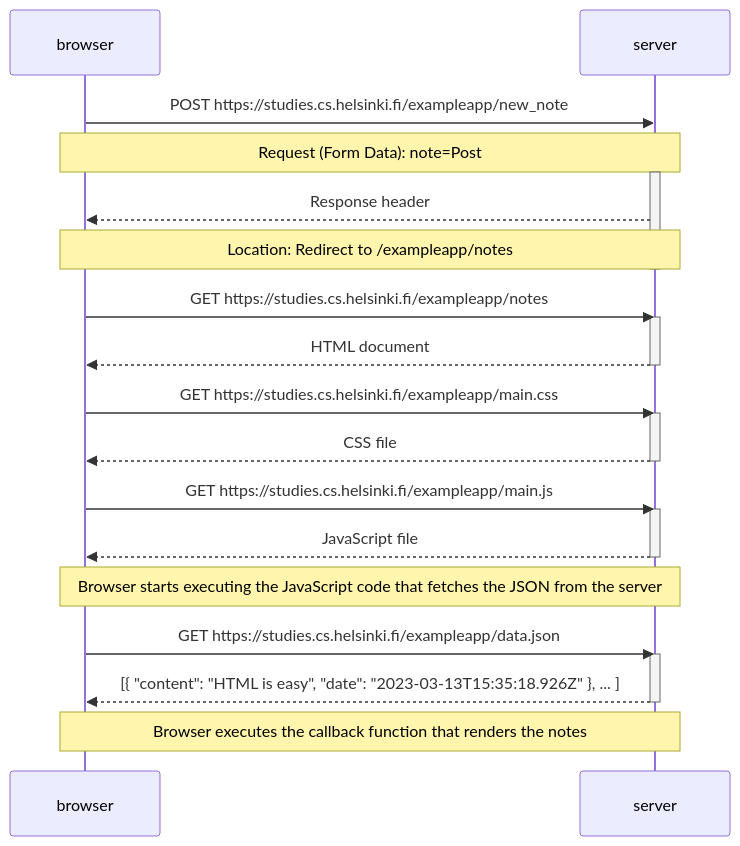
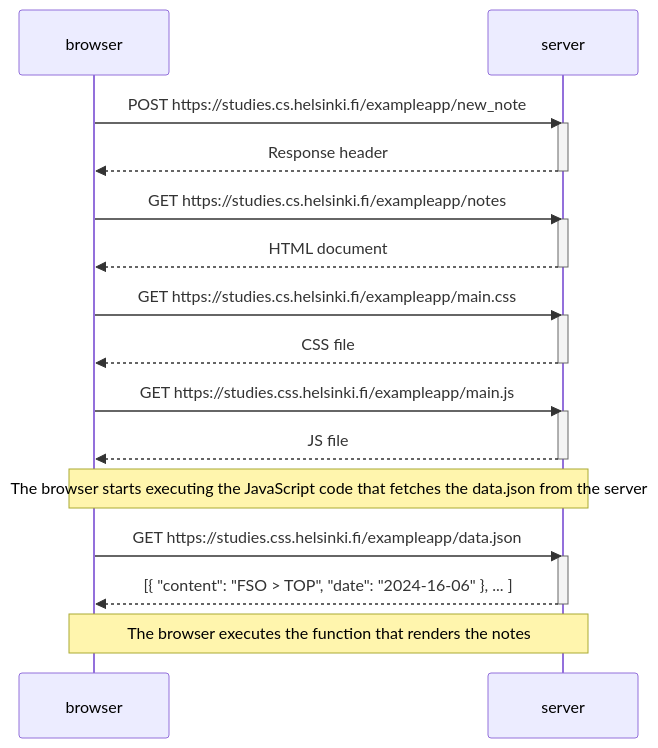
One commit to halileryildirim/fso-part0 changed the diagram in 0.4-new-note-diagram.md. Above: the diagram before and after it, drawn with Mermaid.

Commit message:
Refactor 0.4

````diff
--- a/0.4-new-note-diagram.md
+++ b/0.4-new-note-diagram.md
@@ -1,36 +1,37 @@
 ```mermaid
 
 sequenceDiagram
-participant browser
-participant server
+    participant browser
+    participant server
 
     browser->>server: POST https://studies.cs.helsinki.fi/exampleapp/new_note
-    Note over browser, server: Request (Form Data): note=Post
     activate server
     server-->>browser: Response header
-    Note over browser, server: Location: Redirect to /exampleapp/notes
     deactivate server
     browser->>server: GET https://studies.cs.helsinki.fi/exampleapp/notes
     activate server
     server-->>browser: HTML document
     deactivate server
 
     browser->>server: GET https://studies.cs.helsinki.fi/exampleapp/main.css
     activate server
     server-->>browser: CSS file
     deactivate server
 
-    browser->>server: GET https://studies.cs.helsinki.fi/exampleapp/main.js
+    browser->>server: GET https://studies.css.helsinki.fi/exampleapp/main.js
     activate server
-    server-->>browser: JavaScript file
+    server-->>browser: JS file
     deactivate server
-    Note over browser, server: Browser starts executing the JavaScript code that fetches the JSON from the server
+    Note over browser, server: The browser starts executing the JavaScript code that fetches the data.json from the server
 
-    browser->>server: GET https://studies.cs.helsinki.fi/exampleapp/data.json
+    browser->>server: GET https://studies.css.helsinki.fi/exampleapp/data.json
     activate server
-    server-->>browser: [{ "content": "HTML is easy", "date": "2023-03-13T15:35:18.926Z" }, ... ]
+    server-->>browser: [{ "content": "FSO > TOP", "date": "2024-16-06" }, ... ]
     deactivate server
-    Note over browser, server: Browser executes the callback function that renders the notes
+
+    Note over browser, server: The browser executes the function that renders the notes
+
+
 
 
 ```
````
